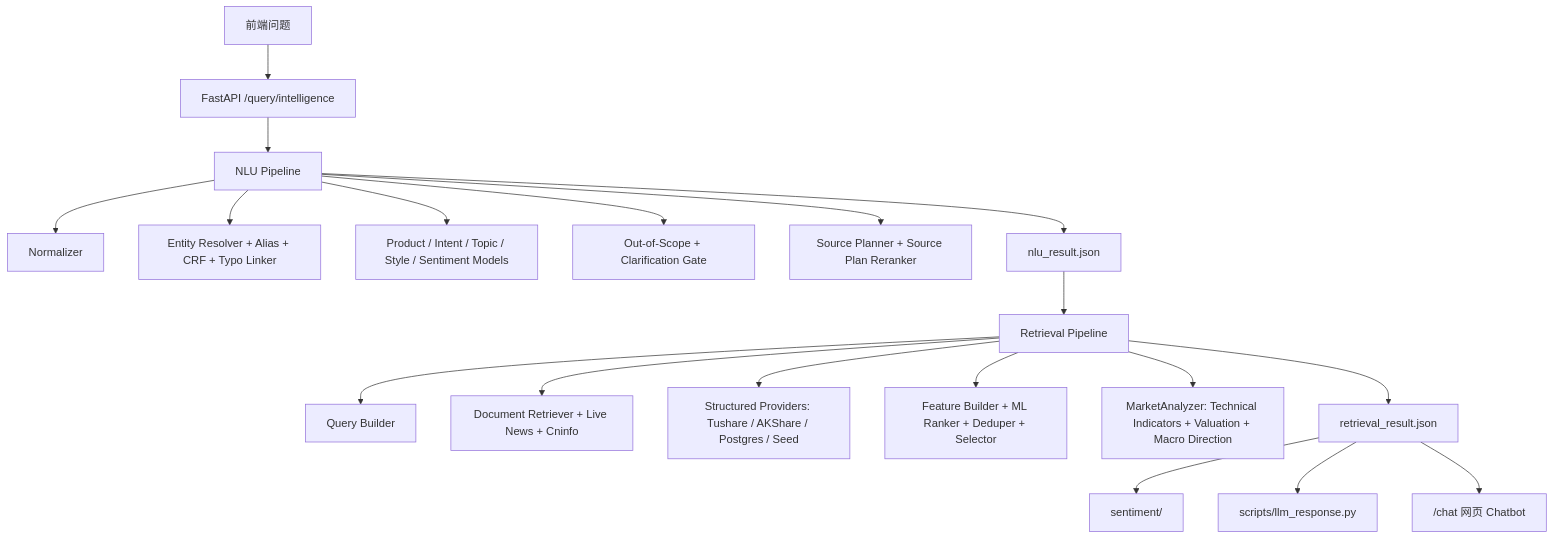
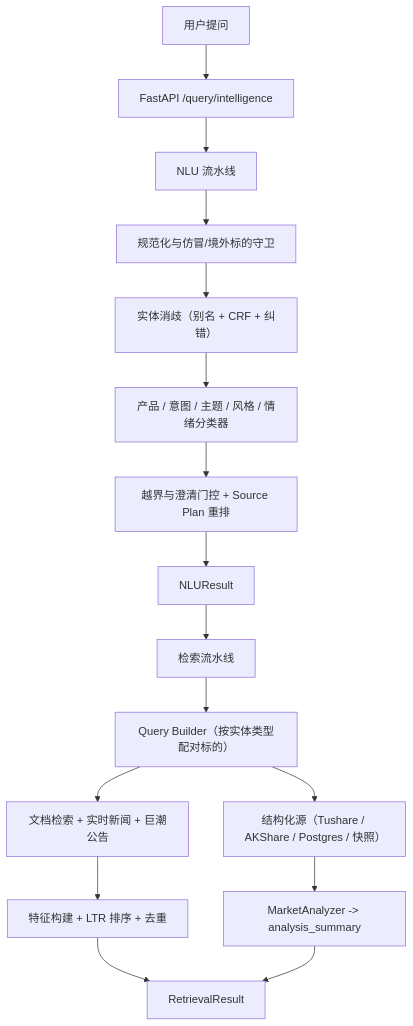
Before and after one commit to beautifulrem/FinSight: the diagram in docs/zh/query-intelligence.md, drawn with Mermaid. The commit also changed other lines of this file and 54 other files, not shown here.

````diff
--- a/docs/zh/query-intelligence.md
+++ b/docs/zh/query-intelligence.md
@@ -33,21 +21,18 @@
 ```mermaid
 flowchart TD
-  A["前端问题"] --> B["FastAPI /query/intelligence"]
-  B --> C["NLU Pipeline"]
-  C --> C1["Normalizer"]
-  C --> C2["Entity Resolver + Alias + CRF + Typo Linker"]
-  C --> C3["Product / Intent / Topic / Style / Sentiment Models"]
-  C --> C4["Out-of-Scope + Clarification Gate"]
-  C --> C5["Source Planner + Source Plan Reranker"]
-  C --> D["nlu_result.json"]
-  D --> E["Retrieval Pipeline"]
-  E --> E1["Query Builder"]
-  E --> E2["Document Retriever + Live News + Cninfo"]
-  E --> E3["Structured Providers: Tushare / AKShare / Postgres / Seed"]
-  E --> E4["Feature Builder + ML Ranker + Deduper + Selector"]
-  E --> E5["MarketAnalyzer: Technical Indicators + Valuation + Macro Direction"]
-  E --> F["retrieval_result.json"]
-  F --> G["sentiment/"]
-  F --> H["scripts/llm_response.py"]
-  F --> I["/chat 网页 Chatbot"]
+  Q["用户提问"] --> API["FastAPI /query/intelligence"]
+  API --> NLU["NLU 流水线"]
+  NLU --> N1["规范化与仿冒/境外标的守卫"]
+  N1 --> N2["实体消歧（别名 + CRF + 纠错）"]
+  N2 --> N3["产品 / 意图 / 主题 / 风格 / 情绪分类器"]
+  N3 --> N4["越界与澄清门控 + Source Plan 重排"]
+  N4 --> NR["NLUResult"]
+  NR --> RET["检索流水线"]
+  RET --> R1["Query Builder（按实体类型配对标的）"]
+  R1 --> R2["文档检索 + 实时新闻 + 巨潮公告"]
+  R1 --> R3["结构化源（Tushare / AKShare / Postgres / 快照）"]
+  R2 --> R4["特征构建 + LTR 排序 + 去重"]
+  R3 --> R5["MarketAnalyzer -> analysis_summary"]
+  R4 --> RR["RetrievalResult"]
+  R5 --> RR
 ```
````
